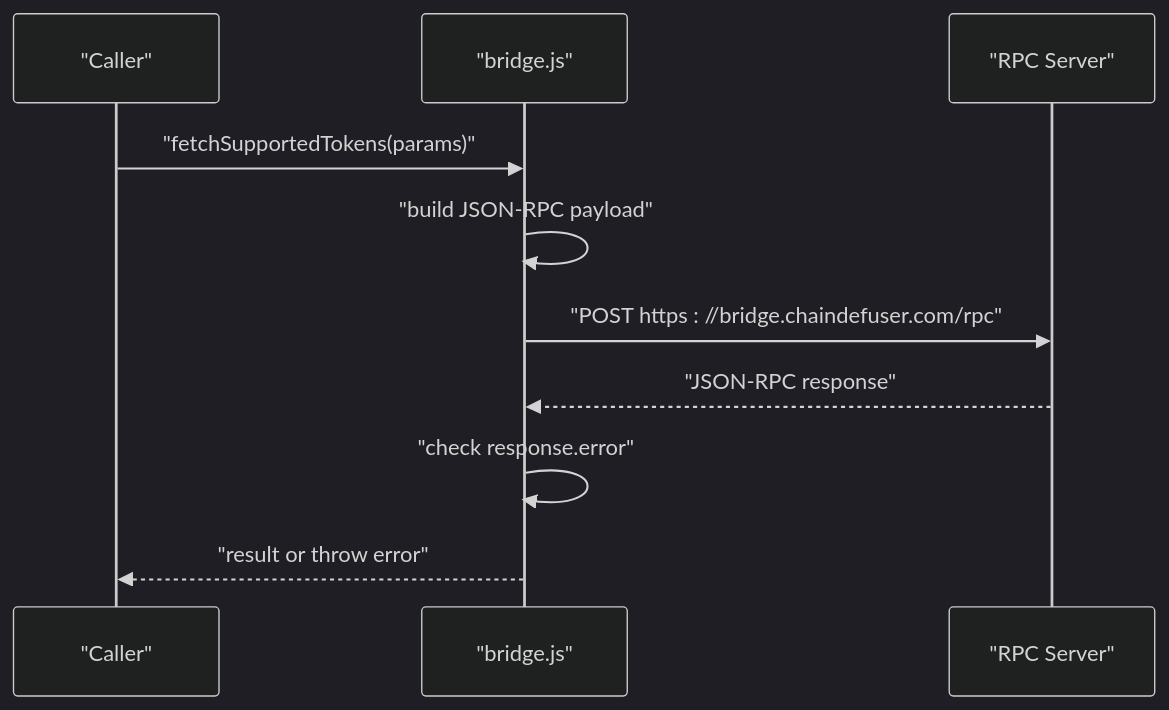
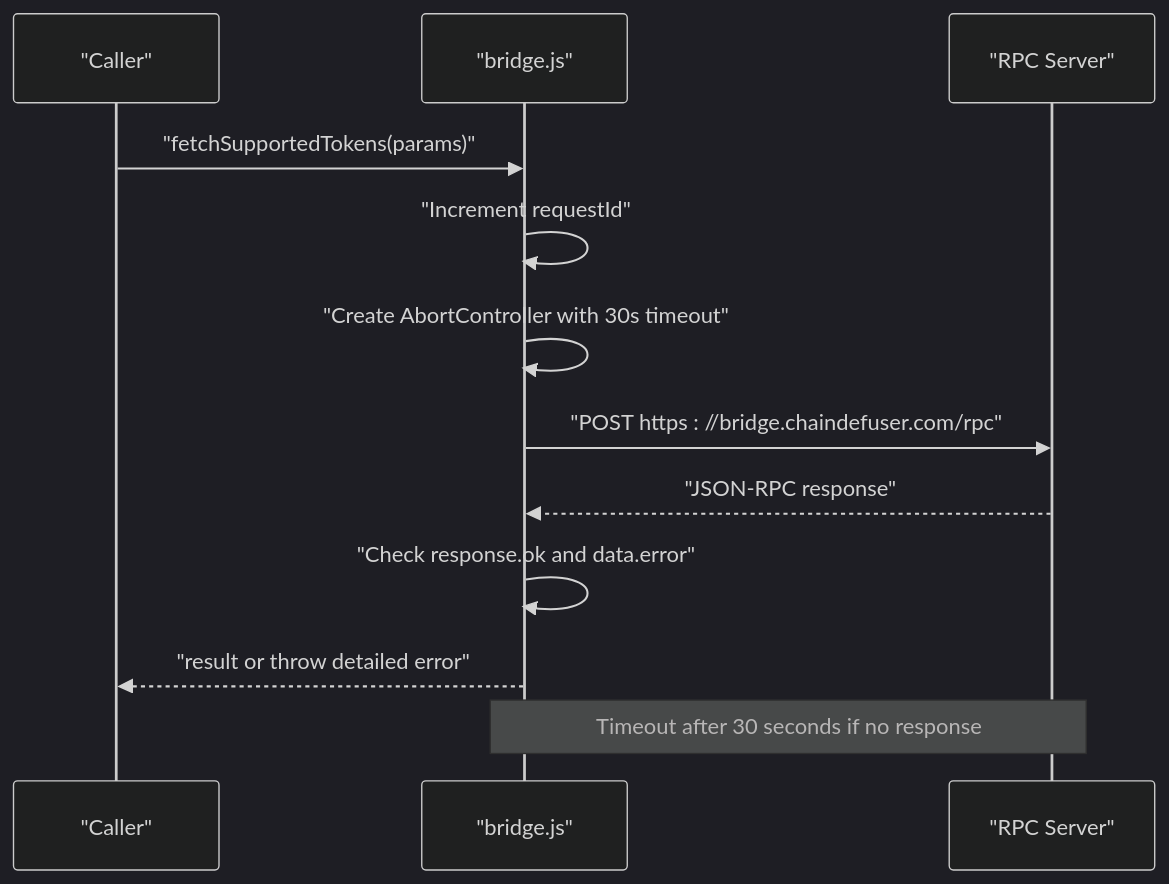
Before and after one commit to KaranMakani/deposit-fixer: the fourth of 6 diagrams in .qoder/repowiki/en/content/Development Guide.md, drawn with Mermaid (dark theme). The commit also changed other lines of this file and 10 other files, not shown here.

````diff
--- a/.qoder/repowiki/en/content/Development Guide.md
+++ b/.qoder/repowiki/en/content/Development Guide.md
@@ -182,12 +228,14 @@
 ```mermaid
 sequenceDiagram
 participant C as "Caller"
 participant M as "bridge.js"
 participant S as "RPC Server"
 C->>M : "fetchSupportedTokens(params)"
-M->>M : "build JSON-RPC payload"
+M->>M : "Increment requestId"
+M->>M : "Create AbortController with 30s timeout"
 M->>S : "POST https : //bridge.chaindefuser.com/rpc"
 S-->>M : "JSON-RPC response"
-M->>M : "check response.error"
-M-->>C : "result or throw error"
+M->>M : "Check response.ok and data.error"
+M-->>C : "result or throw detailed error"
+Note over M,S : Timeout after 30 seconds if no response
 ```
````
